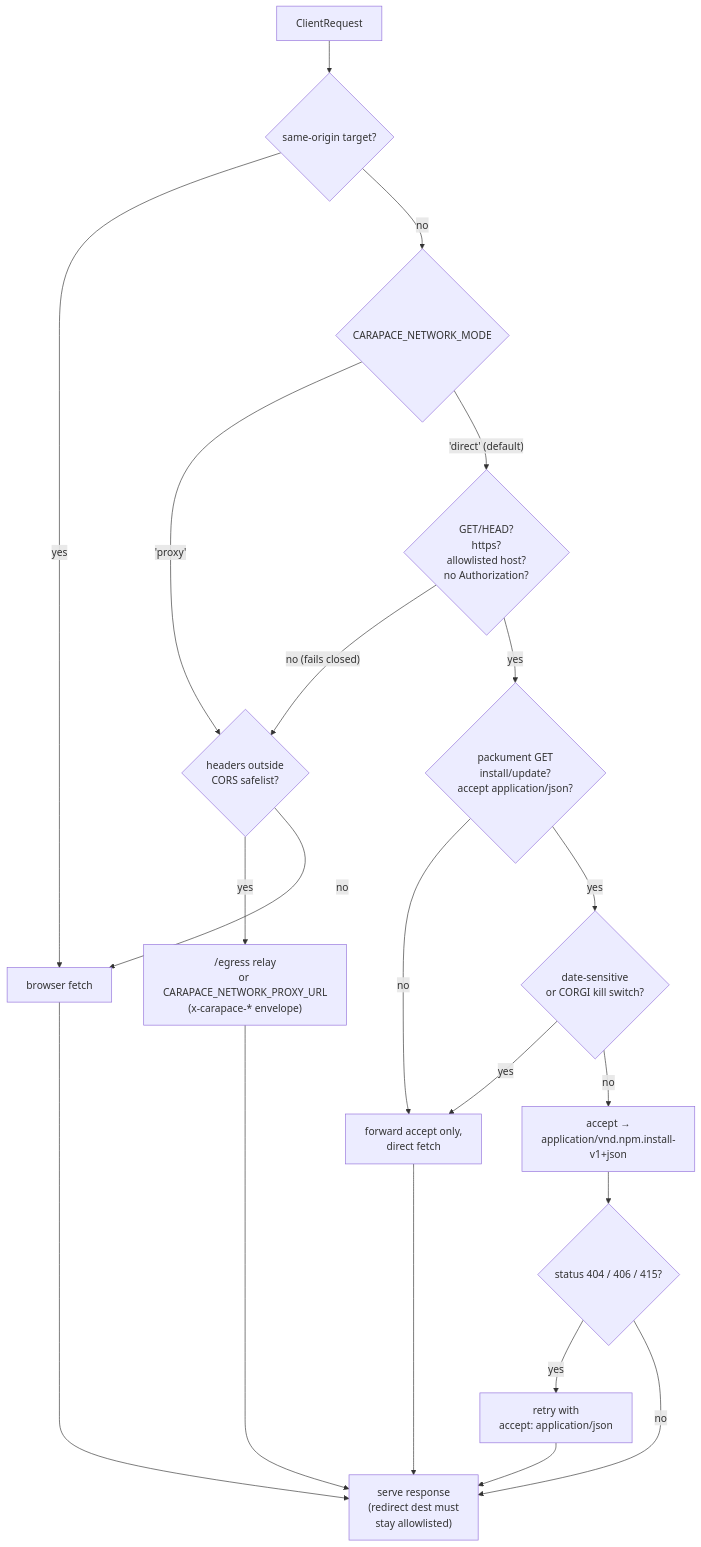
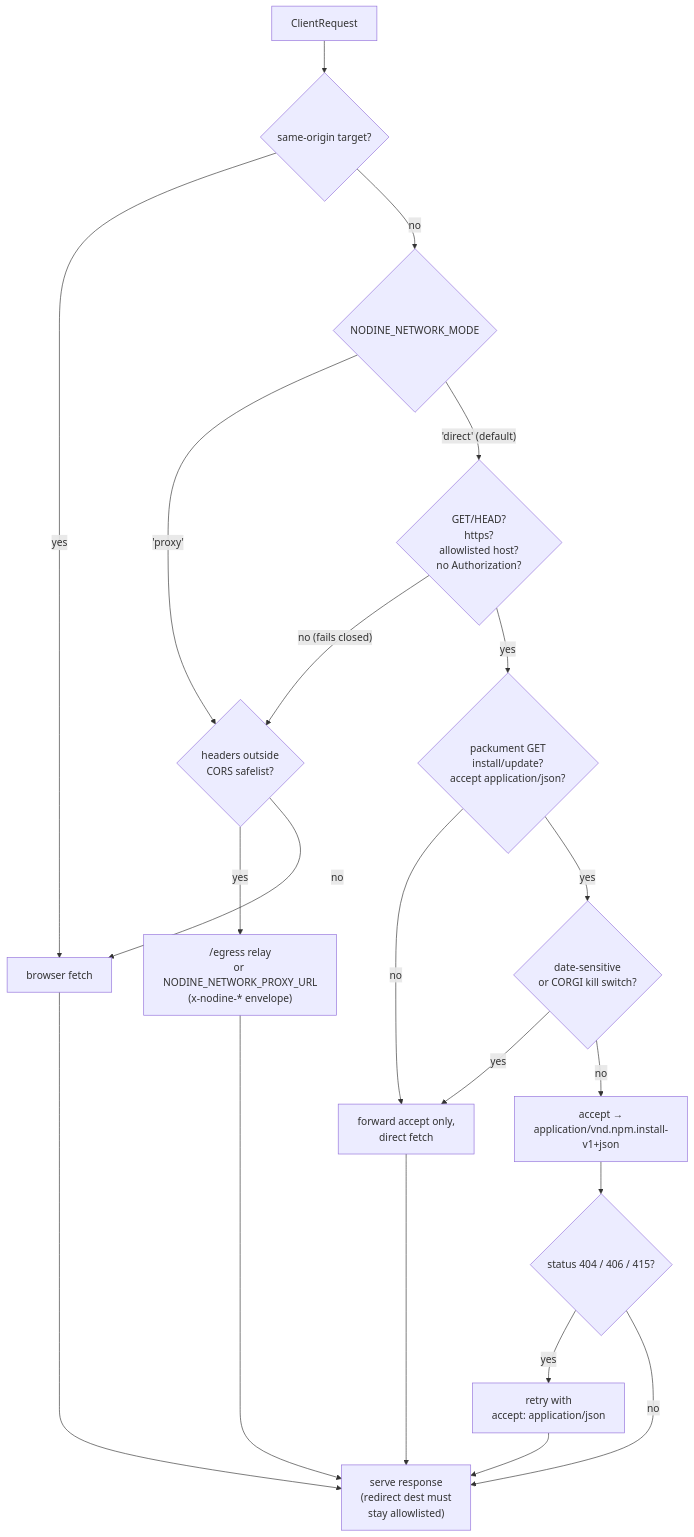
The second of 2 diagrams in docs/npm-in-browser.md (Amplytic-Labs/nodine), drawn with Mermaid before and after one commit. The commit also changed other lines of this file and 43 other files, not shown here.

First line of the commit message:
rename: complete the Nodine rebrand — remove every carapace/opencontainer/webcontainer reference

````diff
--- a/docs/npm-in-browser.md
+++ b/docs/npm-in-browser.md
@@ -322,24 +322,24 @@
 ```mermaid
 flowchart TD
     R["ClientRequest"] --> S{"same-origin target?"}
     S -- "yes" --> F["browser fetch"]
-    S -- "no" --> M{"CARAPACE_NETWORK_MODE"}
+    S -- "no" --> M{"NODINE_NETWORK_MODE"}
     M -- "'proxy'" --> L
     M -- "'direct' (default)" --> G{"GET/HEAD?<br/>https?<br/>allowlisted host?<br/>no Authorization?"}
     G -- "no (fails closed)" --> L{"headers outside<br/>CORS safelist?"}
     G -- "yes" --> C
-    L -- "yes" --> RLY["/egress relay<br/>or CARAPACE_NETWORK_PROXY_URL<br/>(x-carapace-* envelope)"]
+    L -- "yes" --> RLY["/egress relay<br/>or NODINE_NETWORK_PROXY_URL<br/>(x-nodine-* envelope)"]
     L -- "no" --> F
     C{"packument GET<br/>install/update?<br/>accept application/json?"}
     C -- "no" --> D["forward accept only,<br/>direct fetch"]
     C -- "yes" --> X{"date-sensitive<br/>or CORGI kill switch?"}
     X -- "yes" --> D
     X -- "no" --> A["accept →<br/>application/vnd.npm.install-v1+json"]
     A --> Q{"status 404 / 406 / 415?"}
     Q -- "yes" --> B["retry with<br/>accept: application/json"]
     Q -- "no" --> T["serve response<br/>(redirect dest must<br/>stay allowlisted)"]
     B --> T
     D --> T
     RLY --> T
     F --> T
 ```
````
